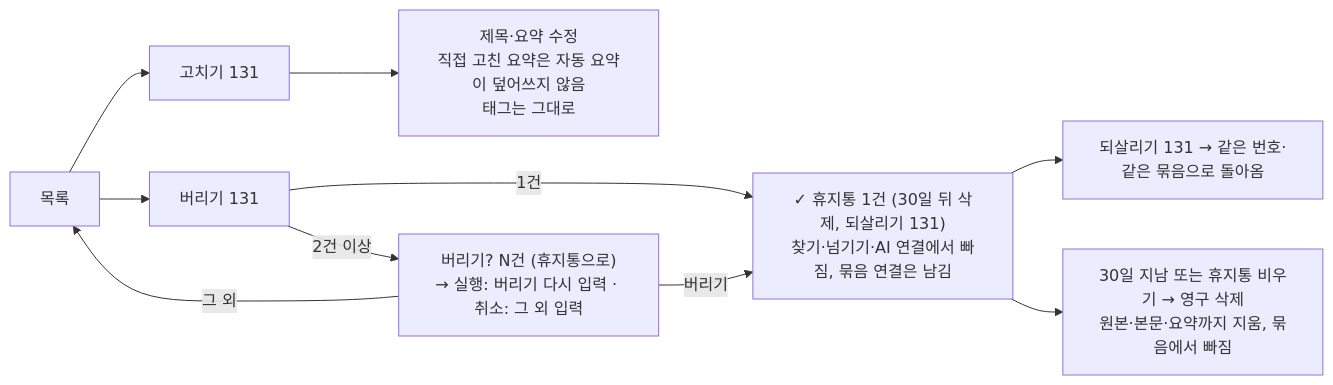
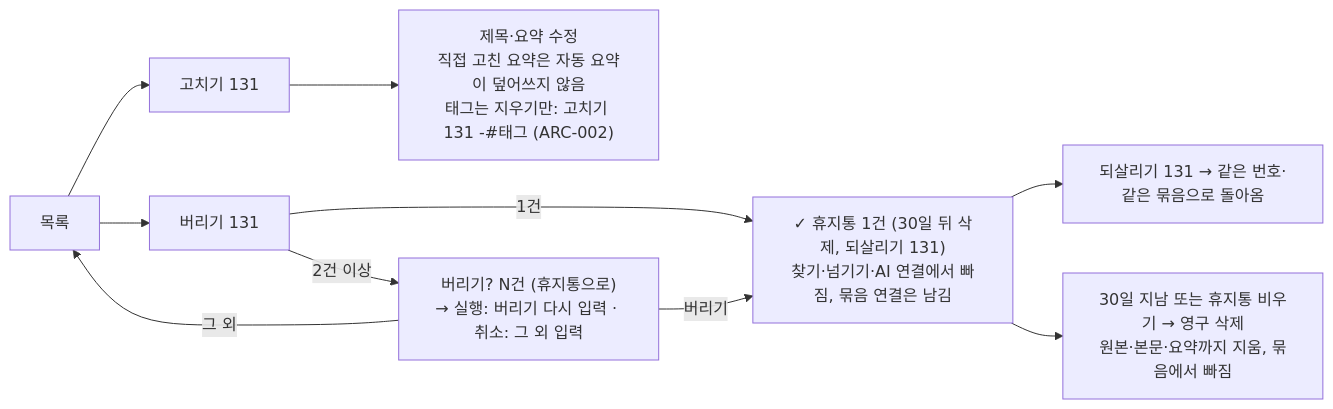
One commit to delightPIP/grep changed the eighth of 10 diagrams in docs/planning/user-flow.md. Above: the diagram before and after it, drawn with Mermaid. The commit also changed other lines of this file and 9 other files, not shown here.

````diff
--- a/docs/planning/user-flow.md
+++ b/docs/planning/user-flow.md
@@ -248,12 +248,12 @@
 ```mermaid
 flowchart LR
     A["목록"] --> B["고치기 131"]
-    B --> C["제목·요약 수정<br/>직접 고친 요약은 자동 요약이 덮어쓰지 않음<br/>태그는 그대로"]
+    B --> C["제목·요약 수정<br/>직접 고친 요약은 자동 요약이 덮어쓰지 않음<br/>태그는 지우기만: 고치기 131 -#태그 (ARC-002)"]
     A --> D["버리기 131"]
     D -- "1건" --> F["✓ 휴지통 1건 (30일 뒤 삭제, 되살리기 131)<br/>찾기·넘기기·AI 연결에서 빠짐, 묶음 연결은 남김"]
     D -- "2건 이상" --> E["버리기? N건 (휴지통으로)<br/>→ 실행: 버리기 다시 입력 · 취소: 그 외 입력"]
     E -- "버리기" --> F
     E -- "그 외" --> A
     F --> G["되살리기 131 → 같은 번호·같은 묶음으로 돌아옴"]
     F --> H["30일 지남 또는 휴지통 비우기 → 영구 삭제<br/>원본·본문·요약까지 지움, 묶음에서 빠짐"]
 ```
````
